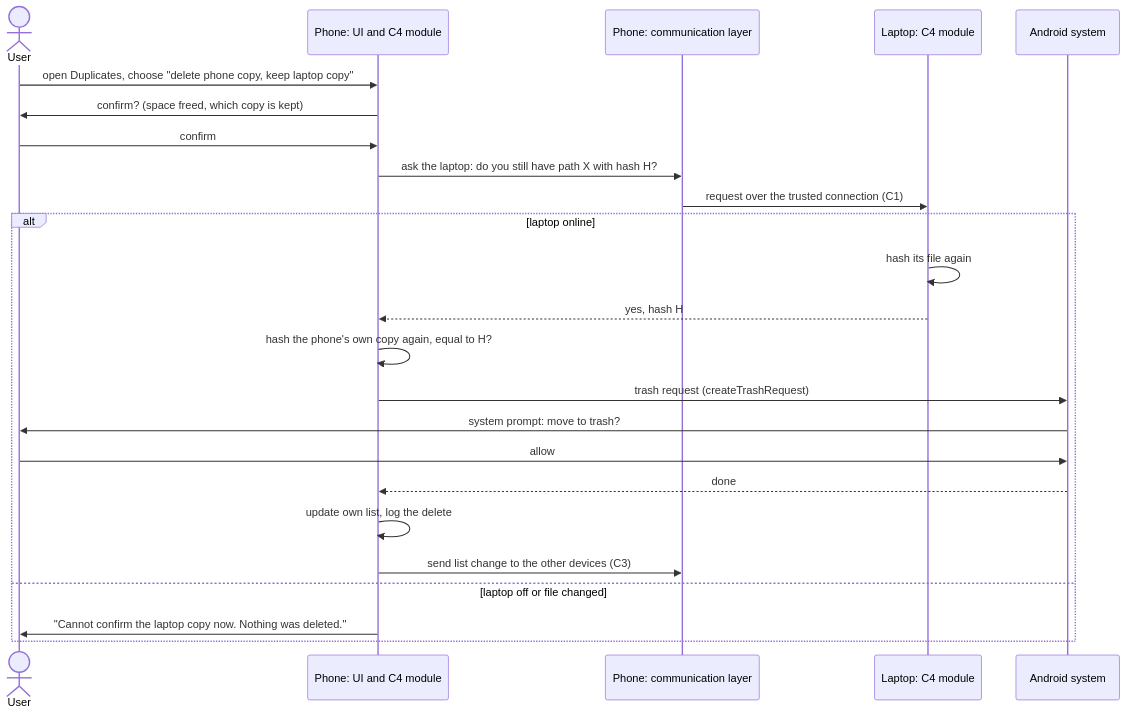
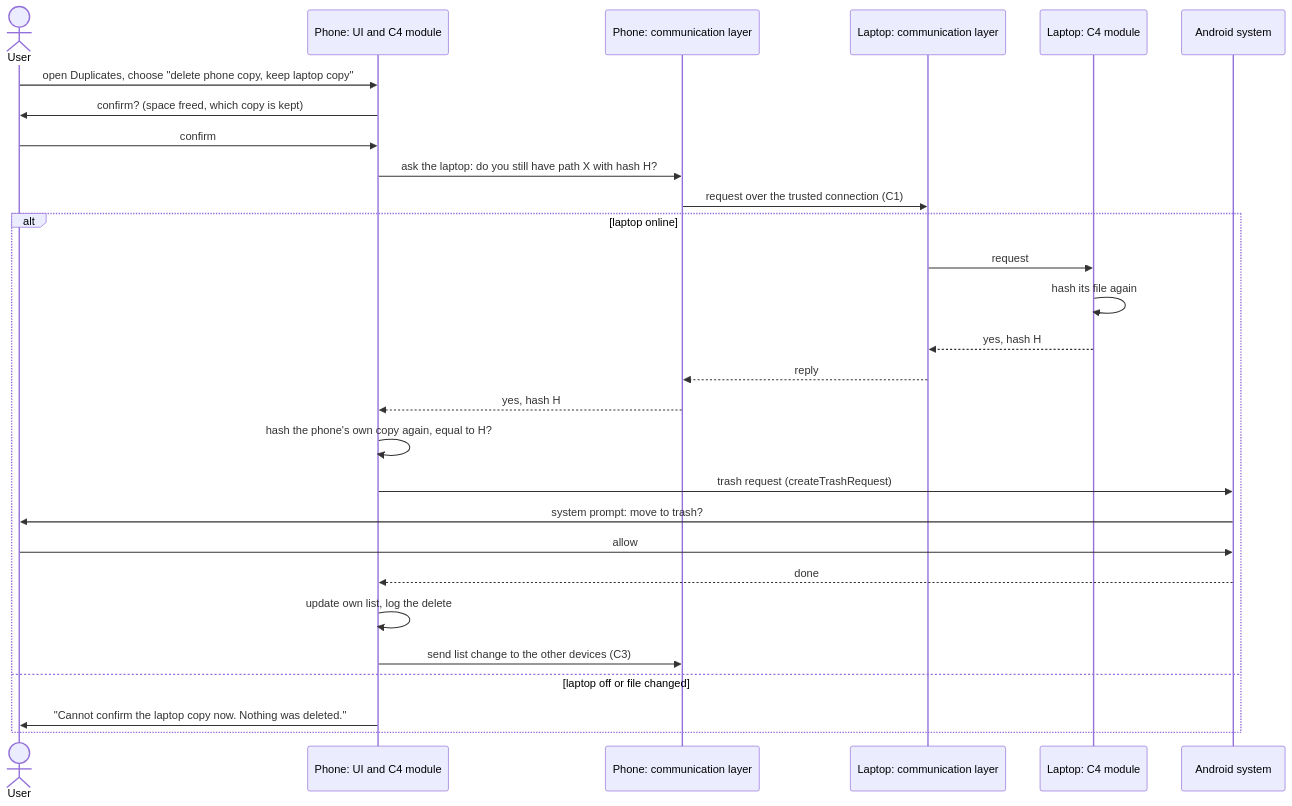
Before and after one commit to Ali-Alasiri/graduation-project-phase-one: the diagram in report/C4-duplicate-detection.md, drawn with Mermaid. The commit also changed other lines of this file and 1 other file, not shown here.

First line of the commit message:
C4: fixes after review (off devices, Android deletes, diagram, index size)

````diff
--- a/report/C4-duplicate-detection.md
+++ b/report/C4-duplicate-detection.md
@@ -63,26 +63,30 @@
 ```mermaid
 sequenceDiagram
   actor U as User
   participant P as Phone: UI and C4 module
   participant PC as Phone: communication layer
+  participant LC as Laptop: communication layer
   participant L as Laptop: C4 module
   participant OS as Android system
   U->>P: open Duplicates, choose "delete phone copy, keep laptop copy"
   P->>U: confirm? (space freed, which copy is kept)
   U->>P: confirm
   P->>PC: ask the laptop: do you still have path X with hash H?
-  PC->>L: request over the trusted connection (C1)
+  PC->>LC: request over the trusted connection (C1)
   alt laptop online
+    LC->>L: request
     L->>L: hash its file again
-    L-->>P: yes, hash H
+    L-->>LC: yes, hash H
+    LC-->>PC: reply
+    PC-->>P: yes, hash H
     P->>P: hash the phone's own copy again, equal to H?
     P->>OS: trash request (createTrashRequest)
     OS->>U: system prompt: move to trash?
     U->>OS: allow
     OS-->>P: done
     P->>P: update own list, log the delete
     P->>PC: send list change to the other devices (C3)
   else laptop off or file changed
     P->>U: "Cannot confirm the laptop copy now. Nothing was deleted."
   end
 ```
````
